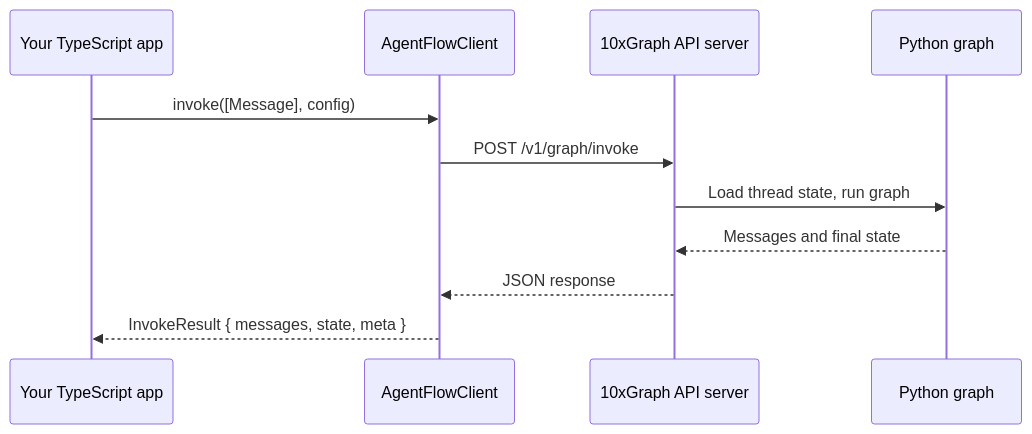
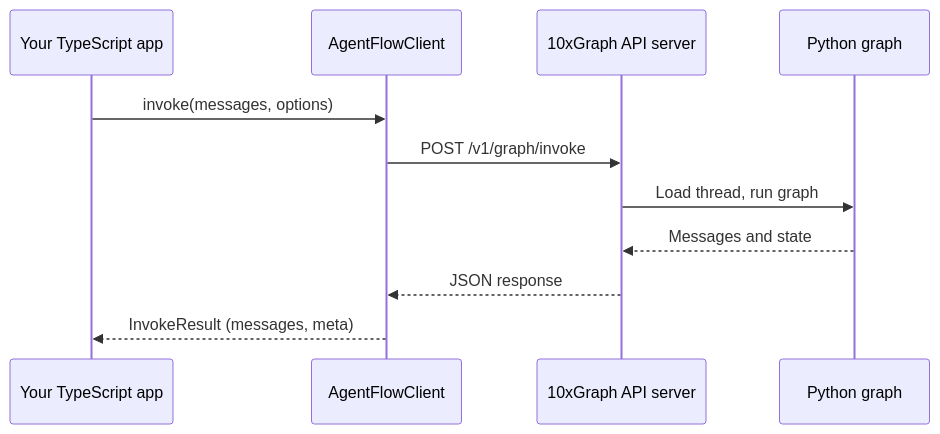
The diagram in src/content/docs/get-started/tutorial/call-from-your-app.md (10xHub/agentflow-docs), drawn with Mermaid before and after one commit. The commit also changed other lines of this file and 130 other files, not shown here.

````diff
--- a/src/content/docs/get-started/tutorial/call-from-your-app.md
+++ b/src/content/docs/get-started/tutorial/call-from-your-app.md
@@ -247,14 +252,14 @@
 ```mermaid
 sequenceDiagram
   participant App as Your TypeScript app
   participant Client as AgentFlowClient
   participant Server as 10xGraph API server
   participant Graph as Python graph
 
-  App->>Client: invoke([Message], config)
+  App->>Client: invoke(messages, options)
   Client->>Server: POST /v1/graph/invoke
-  Server->>Graph: Load thread state, run graph
-  Graph-->>Server: Messages and final state
+  Server->>Graph: Load thread, run graph
+  Graph-->>Server: Messages and state
   Server-->>Client: JSON response
-  Client-->>App: InvokeResult { messages, state, meta }
+  Client-->>App: InvokeResult (messages, meta)
 ```
````
